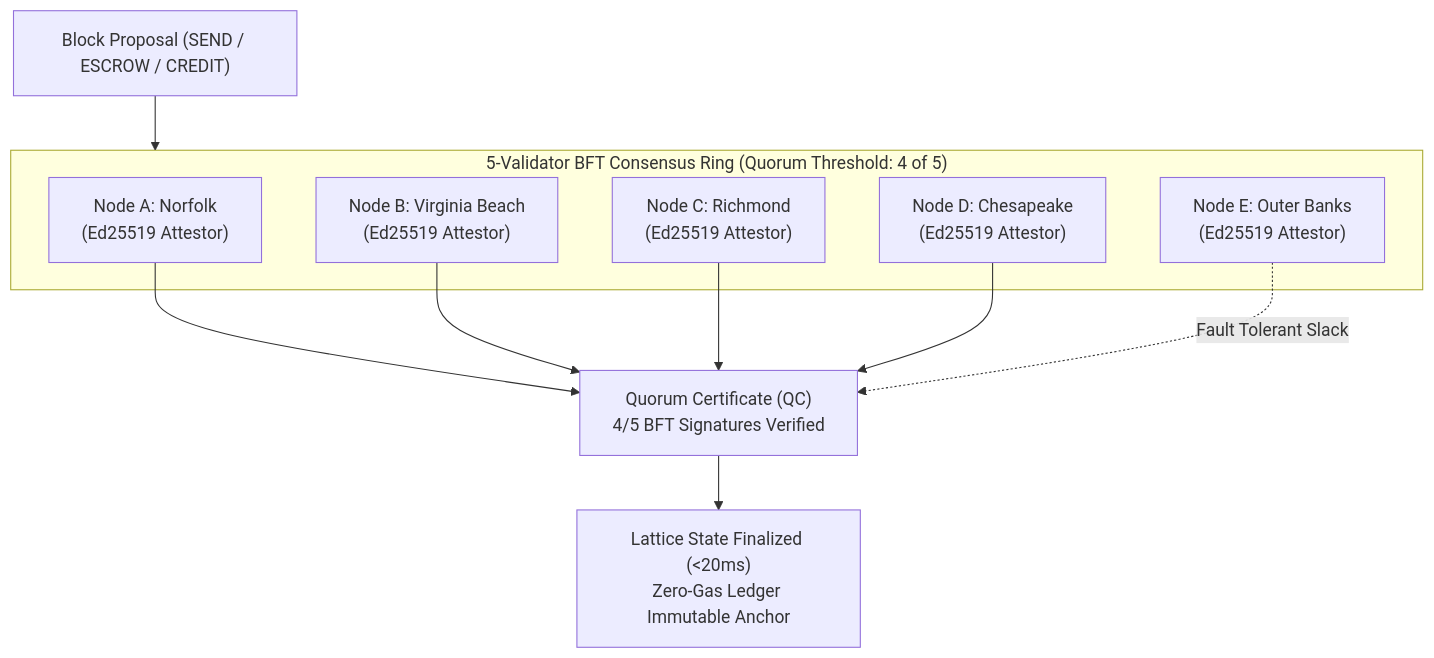
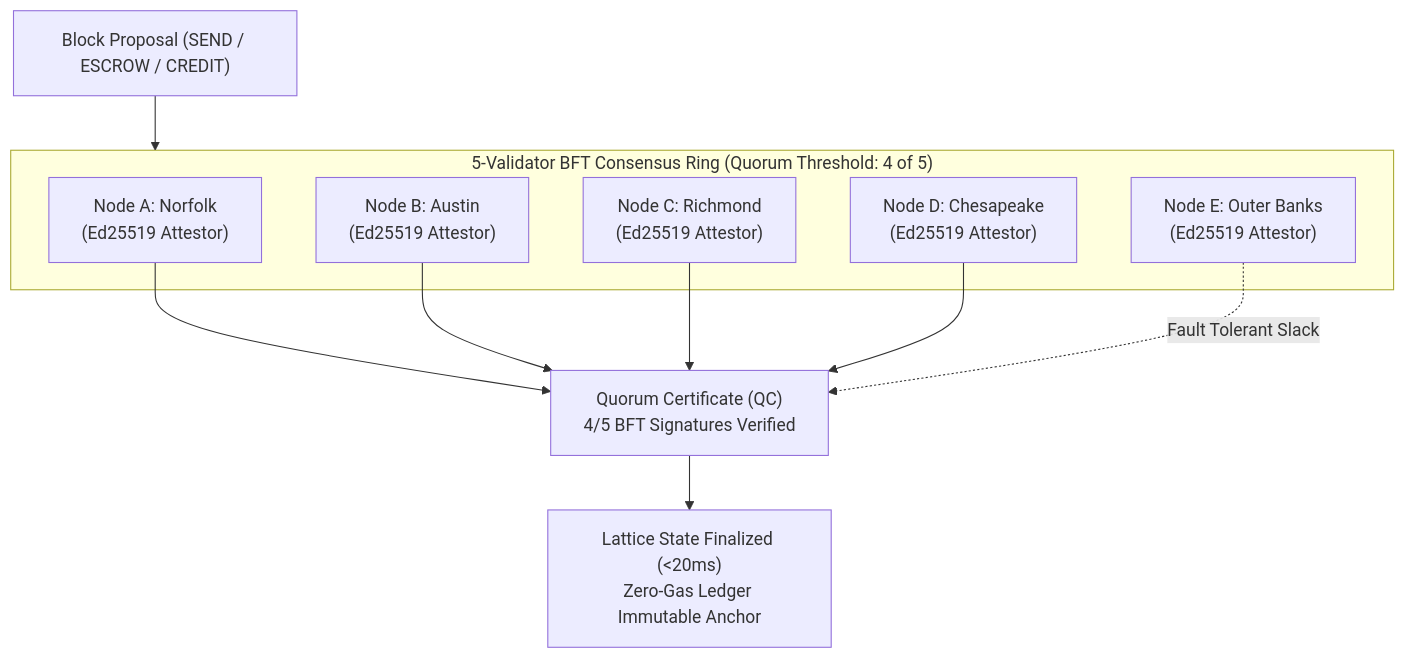
One commit to 1nc0gn30/zoth-os changed the second of 2 diagrams in config/includes.chroot/opt/vaelor-network/README.md. Above: the diagram before and after it, drawn with Mermaid. The commit also changed other lines of this file and 156 other files, not shown here.

````diff
--- a/config/includes.chroot/opt/vaelor-network/README.md
+++ b/config/includes.chroot/opt/vaelor-network/README.md
@@ -74,20 +74,20 @@
 ```mermaid
 flowchart TD
     BlockProposal["Block Proposal (SEND / ESCROW / CREDIT)"] --> Ring
 
     subgraph Ring["5-Validator BFT Consensus Ring (Quorum Threshold: 4 of 5)"]
         V1["Node A: Norfolk<br/>(Ed25519 Attestor)"]
-        V2["Node B: Virginia Beach<br/>(Ed25519 Attestor)"]
+        V2["Node B: Austin<br/>(Ed25519 Attestor)"]
         V3["Node C: Richmond<br/>(Ed25519 Attestor)"]
         V4["Node D: Chesapeake<br/>(Ed25519 Attestor)"]
         V5["Node E: Outer Banks<br/>(Ed25519 Attestor)"]
     end
 
     V1 --> QC["Quorum Certificate (QC)<br/>4/5 BFT Signatures Verified"]
     V2 --> QC
     V3 --> QC
     V4 --> QC
     V5 -.->|"Fault Tolerant Slack"| QC
 
     QC --> Finalized["Lattice State Finalized (<20ms)<br/>Zero-Gas Ledger Immutable Anchor"]
 ```
````
